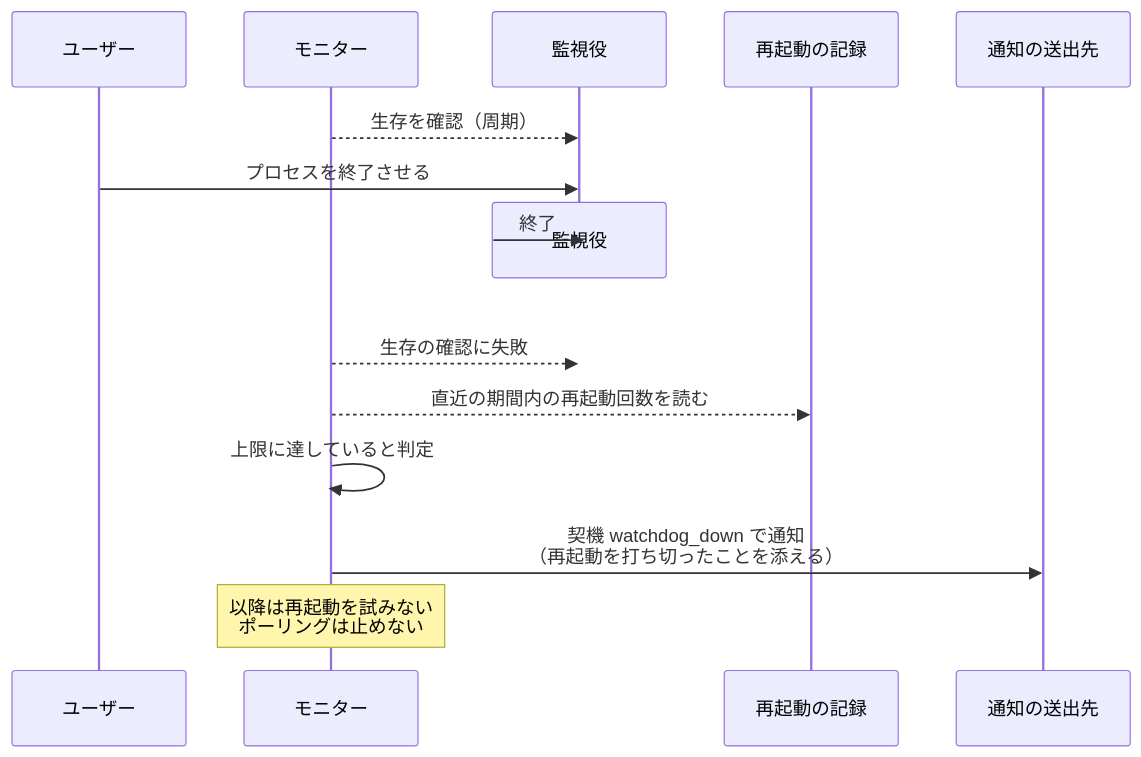
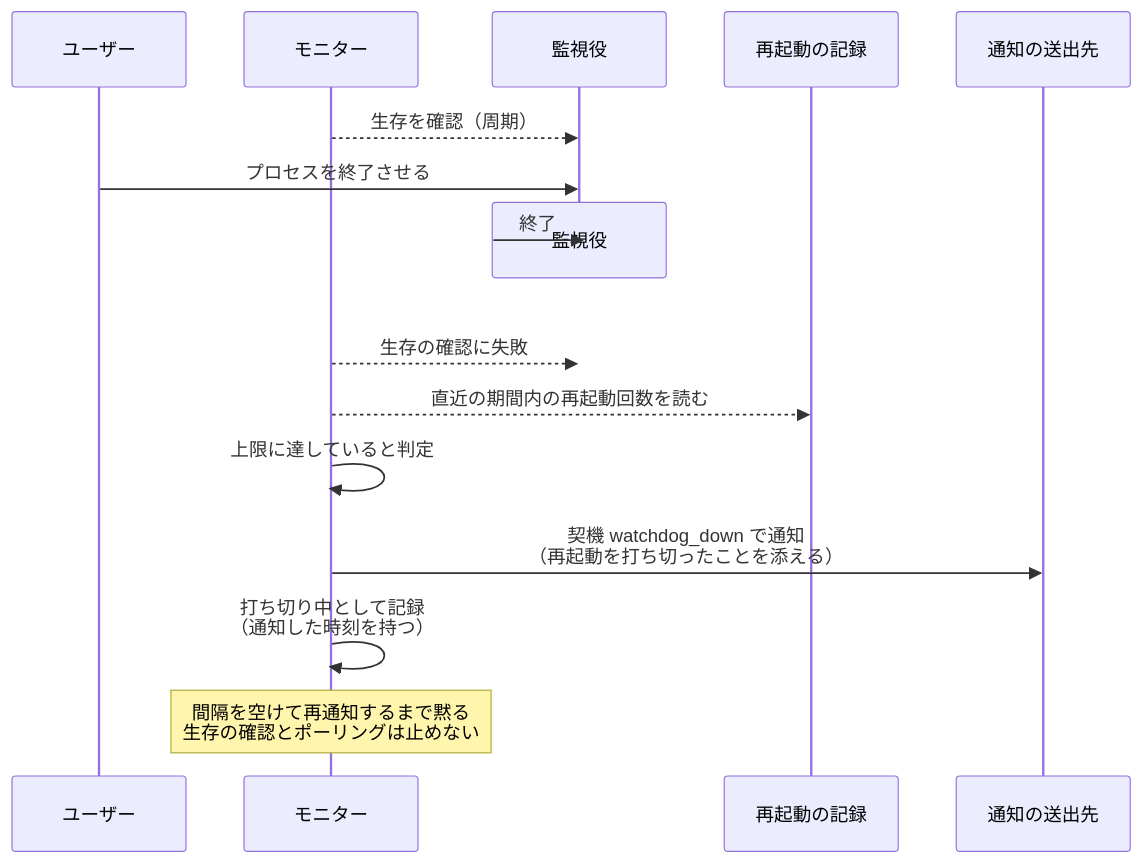
One commit to shuhei1101/ai-monitor changed the fifth of 6 diagrams in docs/wiki/設計図/シナリオ/単一ユースケース/プロセス死活監視.md. Above: the diagram before and after it, drawn with Mermaid. The commit also changed other lines of this file and 25 other files, not shown here.

````diff
--- a/docs/wiki/設計図/シナリオ/単一ユースケース/プロセス死活監視.md
+++ b/docs/wiki/設計図/シナリオ/単一ユースケース/プロセス死活監視.md
@@ -172,18 +197,19 @@
 ```mermaid
 sequenceDiagram
   participant U as ユーザー
   participant MON as モニター
   participant W as 監視役
   participant F as 再起動の記録
   participant N as 通知の送出先
 
   MON-->>W: 生存を確認（周期）
   U->>W: プロセスを終了させる
   destroy W
   W->>W: 終了
   MON-->>W: 生存の確認に失敗
   MON-->>F: 直近の期間内の再起動回数を読む
   MON->>MON: 上限に達していると判定
   MON->>N: 契機 watchdog_down で通知<br>（再起動を打ち切ったことを添える）
-  Note over MON: 以降は再起動を試みない<br>ポーリングは止めない
+  MON->>MON: 打ち切り中として記録<br>（通知した時刻を持つ）
+  Note over MON: 間隔を空けて再通知するまで黙る<br>生存の確認とポーリングは止めない
 ```
````
